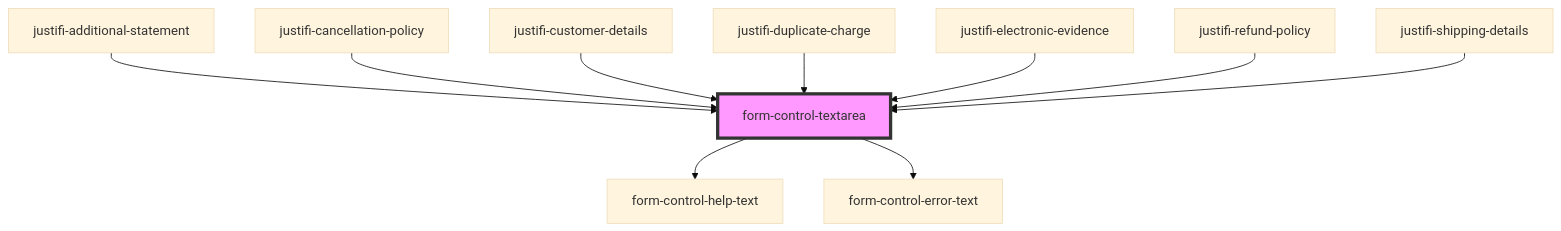
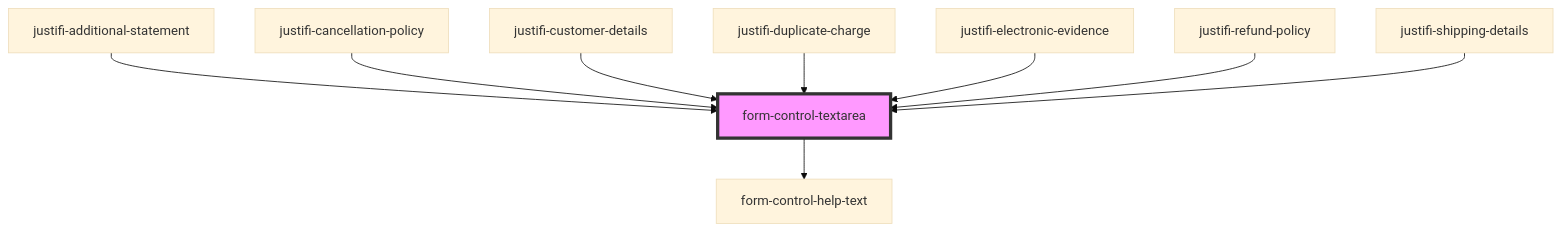
One commit to justifi-tech/web-component-library changed the diagram in packages/webcomponents/src/ui-components/form/readme.md. Above: the diagram before and after it, drawn with Mermaid (base theme). The commit also changed other lines of this file and 23 other files, not shown here.

````diff
--- a/packages/webcomponents/src/ui-components/form/readme.md
+++ b/packages/webcomponents/src/ui-components/form/readme.md
@@ -56,13 +55,12 @@
 ```mermaid
 graph TD;
   form-control-textarea --> form-control-help-text
-  form-control-textarea --> form-control-error-text
   justifi-additional-statement --> form-control-textarea
   justifi-cancellation-policy --> form-control-textarea
   justifi-customer-details --> form-control-textarea
   justifi-duplicate-charge --> form-control-textarea
   justifi-electronic-evidence --> form-control-textarea
   justifi-refund-policy --> form-control-textarea
   justifi-shipping-details --> form-control-textarea
   style form-control-textarea fill:#f9f,stroke:#333,stroke-width:4px
 ```
````
